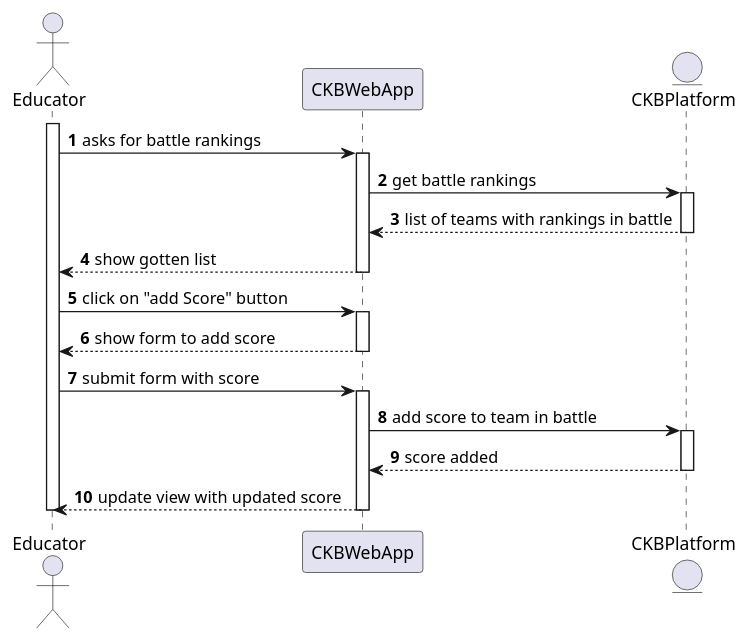
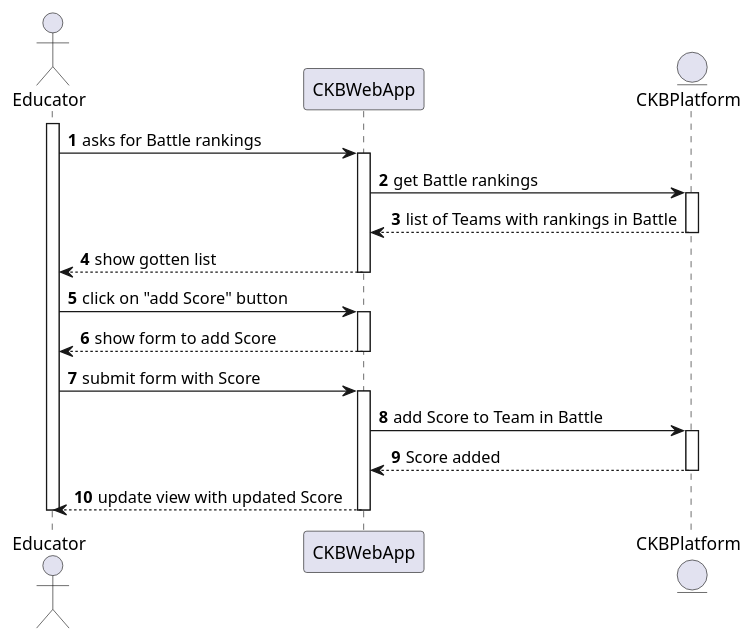
Before and after one commit to Angelo7672/SE2_Requirement-and-Design-Document: the diagram in _RASD/Images/UML/sequenceDiagram/sequenceDiagramUC10.wsd, drawn with PlantUML. The commit also changed 13 other files, not shown here.

```diff
--- a/_RASD/Images/UML/sequenceDiagram/sequenceDiagramUC10.wsd
+++ b/_RASD/Images/UML/sequenceDiagram/sequenceDiagramUC10.wsd
@@ -1,32 +1,32 @@
 @startuml
 
 autonumber
 
 actor Educator as S
 participant CKBWebApp as E
 entity CKBPlatform as P
 
 activate S
-S -> E: asks for battle rankings
+S -> E: asks for Battle rankings
 activate E
-E -> P: get battle rankings
+E -> P: get Battle rankings
 activate P
-P --> E: list of teams with rankings in battle
+P --> E: list of Teams with rankings in Battle
 deactivate P
 E --> S: show gotten list
 deactivate E
 S -> E: click on "add Score" button
 activate E
-E --> S: show form to add score
+E --> S: show form to add Score
 deactivate E
-S -> E: submit form with score
+S -> E: submit form with Score
 activate E
-E -> P: add score to team in battle
+E -> P: add Score to Team in Battle
 activate P
-P --> E: score added
+P --> E: Score added
 deactivate P
-E --> S: update view with updated score
+E --> S: update view with updated Score
 deactivate E
 deactivate S
 
 @enduml
```
